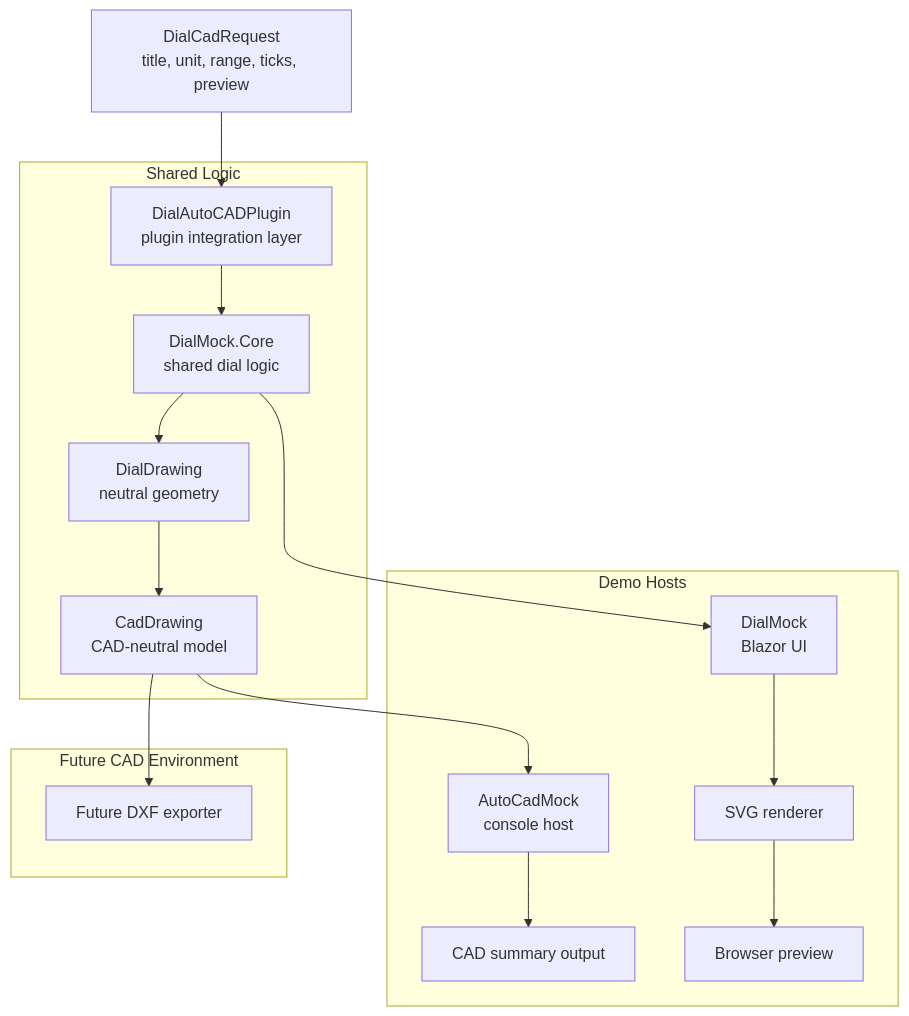
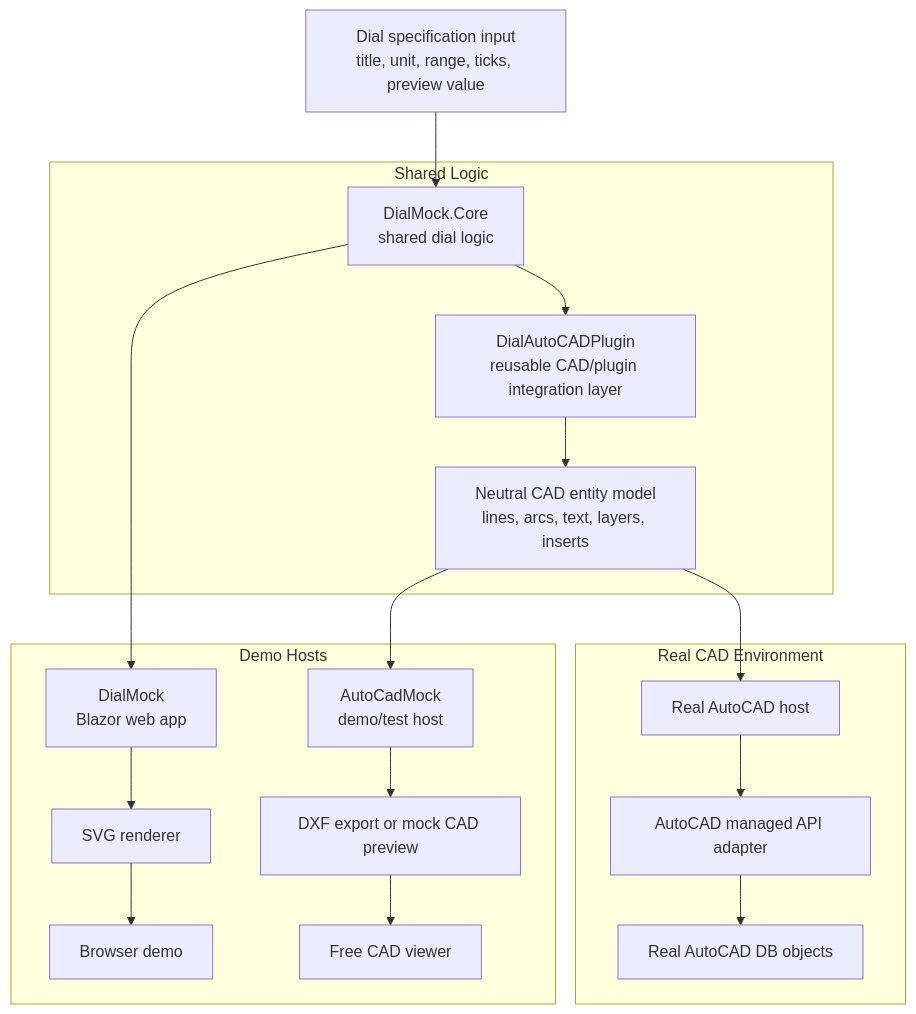
The diagram in README.md (nathabee/csharp), drawn with Mermaid before and after one commit. The commit also changed other lines of this file, not shown here.

````diff
--- a/README.md
+++ b/README.md
@@ -92,44 +125,42 @@
 ```mermaid
 graph TD
+    A[Dial specification input<br/>title, unit, range, ticks, preview value]
 
-A[DialCadRequest<br/>title, unit, range, ticks, preview]
+    A --> B[DialMock.Core<br/>shared dial logic]
 
-A --> F[DialAutoCADPlugin<br/>plugin integration layer]
+    B --> C[DialMock<br/>Blazor web app]
+    C --> D[SVG renderer]
+    D --> E[Browser demo]
 
-F --> B[DialMock.Core<br/>shared dial logic]
+    B --> F[DialAutoCADPlugin<br/>reusable CAD/plugin integration layer]
+    F --> G[Neutral CAD entity model<br/>lines, arcs, text, layers, inserts]
 
-B --> G[DialDrawing<br/>neutral geometry]
+    G --> H[AutoCadMock<br/>demo/test host]
+    H --> I[DXF export or mock CAD preview]
+    I --> J[Free CAD viewer]
 
-G --> H[CadDrawing<br/>CAD-neutral model]
+    G --> K[Real AutoCAD host]
+    K --> L[AutoCAD managed API adapter]
+    L --> M[Real AutoCAD DB objects]
 
-H --> I[AutoCadMock<br/>console host]
+    subgraph Shared Logic
+        B
+        F
+        G
+    end
 
-I --> J[CAD summary output]
+    subgraph Demo Hosts
+        C
+        D
+        E
+        H
+        I
+        J
+    end
 
-H --> K[Future DXF exporter]
-
-B --> C[DialMock<br/>Blazor UI]
-
-C --> D[SVG renderer]
-
-D --> E[Browser preview]
-
-subgraph Shared Logic
-    B
-    F
-    G
-    H
-end
-
-subgraph Demo Hosts
-    C
-    D
-    E
-    I
-    J
-end
-
-subgraph Future CAD Environment
-    K
-end
+    subgraph Real CAD Environment
+        K
+        L
+        M
+    end
 ```
````
